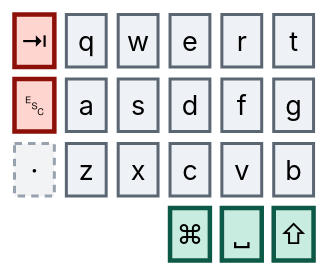
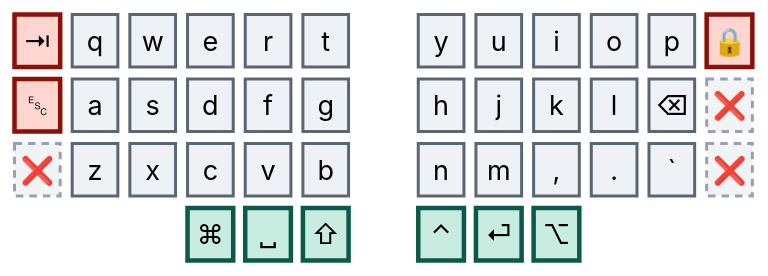
Before and after one commit to abloch/zmk-corne: the second of 5 diagrams in 32-keys.md, drawn with Mermaid. The commit also changed other lines of this file and 3 other files, not shown here.

First line of the commit message:
Add combos.md, one diagram per combo

````diff
--- a/32-keys.md
+++ b/32-keys.md
@@ -94,20 +52,20 @@
 ```mermaid
 %%{init: {'theme':'base','themeVariables':{'primaryColor':'#eef1f5','primaryTextColor':'#0b0f14','primaryBorderColor':'#5b6673','nodeTextColor':'#0b0f14','textColor':'#0b0f14','mainBkg':'#eef1f5','fontSize':'18px'}}}%%
 block
-columns 6
+columns 13
 
-  tab["⇥"] q w e r t
-  esc["␛"] a s d f g
-  x3["·"] z x c v b
-  space:3 cmd["⌘"] spc["␣"] shft["⇧"]
+  tab["⇥"] q w e r t space y u i o p lock["🔒"]
+  esc["␛"] a s d f g space h j k l bspc["⌫"] xr1["❌"]
+  xl["❌"] z x c v b space n m cma[","] dot["."] grv[" `"] xr2["❌"]
+  space:3 cmd["⌘"] spc["␣"] sft["⇧"] space ctl["⌃"] ent["⏎"] alt["⌥"] space:3
 
   classDef doomed fill:#ffd5d0,stroke:#8c1008,stroke-width:3px,color:#3d0603
   classDef dead fill:#f2f3f5,stroke:#98a2ae,stroke-width:2px,stroke-dasharray:5 4,color:#5b6673
   classDef core fill:#eef1f5,stroke:#5b6673,stroke-width:2px,color:#0b0f14
   classDef thumb fill:#c8ece0,stroke:#0b5946,stroke-width:3px,color:#06241c
 
-  class tab,esc doomed
-  class x3 dead
-  class q,w,e,r,t,a,s,d,f,g,z,x,c,v,b core
-  class cmd,spc,shft thumb
+  class tab,esc,lock doomed
+  class xl,xr1,xr2 dead
+  class q,w,e,r,t,a,s,d,f,g,z,x,c,v,b,y,u,i,o,p,h,j,k,l,bspc,n,m,cma,dot,grv core
+  class cmd,spc,sft,ctl,ent,alt thumb
 ```
````
